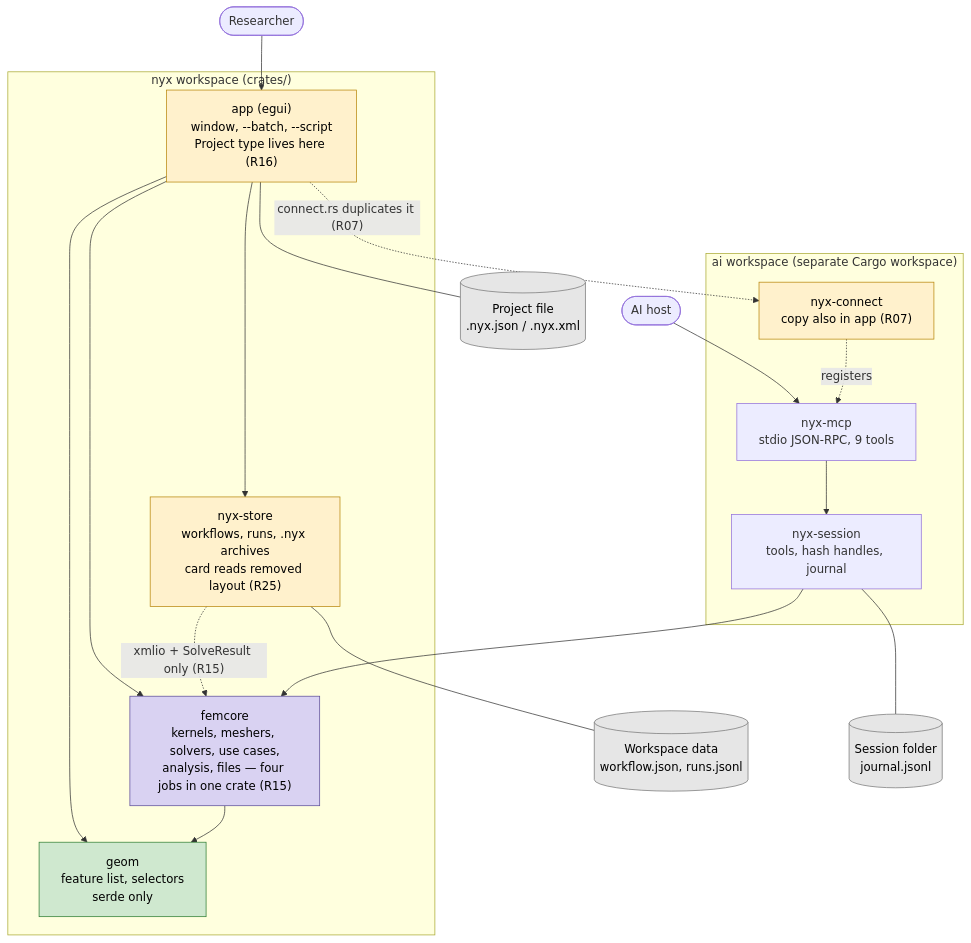
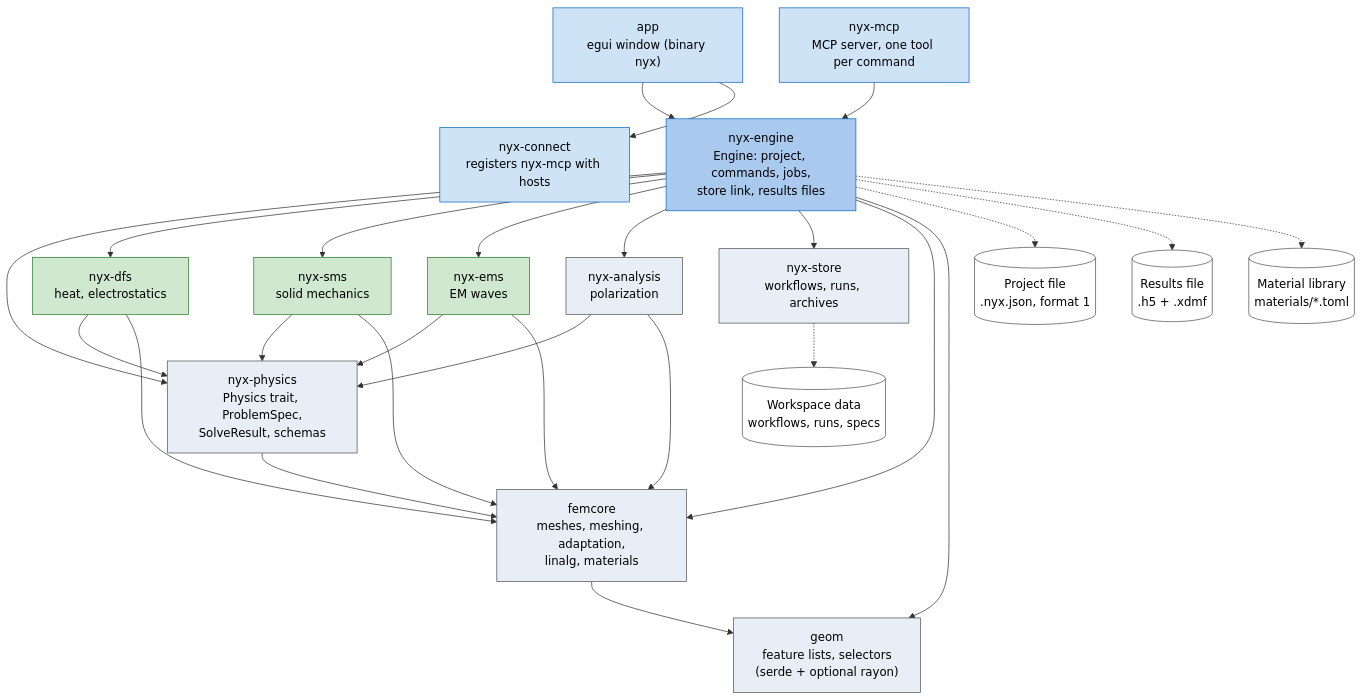
The second of 7 diagrams in docs/architecture/diagrams.md (p-j-r/nyx), drawn with Mermaid before and after one commit. The commit also changed other lines of this file and 50 other files, not shown here.

````diff
--- a/docs/architecture/diagrams.md
+++ b/docs/architecture/diagrams.md
@@ -27,35 +27,53 @@
 ```mermaid
 flowchart TB
-  classDef ok fill:#cfe8cf,stroke:#2e7d32,color:#000
-  classDef rough fill:#fff1cc,stroke:#b8860b,color:#000
-  classDef core fill:#d9d2f2,stroke:#5b4b9a,color:#000
-  classDef store fill:#e6e6e6,stroke:#777,color:#000
-  R([Researcher]) --> APP
-  AI([AI host]) --> MCP
-  subgraph nyxws["nyx workspace (crates/)"]
-    APP["app (egui)<br/>window, --batch, --script<br/>Project type lives here (R16)"]:::rough
-    ST["nyx-store<br/>workflows, runs, .nyx archives<br/>card reads removed layout (R25)"]:::rough
-    FC["femcore<br/>kernels, meshers, solvers, use cases,<br/>analysis, files — four jobs in one crate (R15)"]:::core
-    GM["geom<br/>feature list, selectors<br/>serde only"]:::ok
-  end
-  subgraph aiws["ai workspace (separate Cargo workspace)"]
-    MCP["nyx-mcp<br/>stdio JSON-RPC, 9 tools"]
-    SES["nyx-session<br/>tools, hash handles, journal"]
-    CON["nyx-connect<br/>copy also in app (R07)"]:::rough
-  end
-  PF[("Project file<br/>.nyx.json / .nyx.xml")]:::store
-  WS[("Workspace data<br/>workflow.json, runs.jsonl")]:::store
-  SS[("Session folder<br/>journal.jsonl")]:::store
-  APP --> FC
-  APP --> GM
-  APP --> ST
-  APP --- PF
-  ST --- WS
-  ST -.->|"xmlio + SolveResult only (R15)"| FC
-  FC --> GM
-  MCP --> SES
-  SES --> FC
-  SES --- SS
-  CON -.->|registers| MCP
-  APP -.->|"connect.rs duplicates it (R07)"| CON
+  classDef fe fill:#cfe3f7,stroke:#1168bd,color:#000
+  classDef eng fill:#a9c9ee,stroke:#1168bd,color:#000
+  classDef kern fill:#cfe8cf,stroke:#2e7d32,color:#000
+  classDef lib fill:#e8eef5,stroke:#555,color:#000
+  classDef file fill:#fff,stroke:#555,color:#000
+
+  APP["app<br/>egui window (binary nyx)"]:::fe
+  MCP["nyx-mcp<br/>MCP server, one tool per command"]:::fe
+  CON["nyx-connect<br/>registers nyx-mcp with hosts"]:::fe
+  ENG["nyx-engine<br/>Engine: project, commands, jobs,<br/>store link, results files"]:::eng
+  PHY["nyx-physics<br/>Physics trait, ProblemSpec,<br/>SolveResult, schemas"]:::lib
+  DFS["nyx-dfs<br/>heat, electrostatics"]:::kern
+  SMS["nyx-sms<br/>solid mechanics"]:::kern
+  EMS["nyx-ems<br/>EM waves"]:::kern
+  ANA["nyx-analysis<br/>polarization"]:::lib
+  STO["nyx-store<br/>workflows, runs, archives"]:::lib
+  FEM["femcore<br/>meshes, meshing, adaptation,<br/>linalg, materials"]:::lib
+  GEO["geom<br/>feature lists, selectors<br/>(serde + optional rayon)"]:::lib
+
+  PF[("Project file<br/>.nyx.json, format 1")]:::file
+  RF[("Results file<br/>.h5 + .xdmf")]:::file
+  WS[("Workspace data<br/>workflows, runs, specs")]:::file
+  ML[("Material library<br/>materials/*.toml")]:::file
+
+  APP --> ENG
+  APP --> CON
+  MCP --> ENG
+  ENG --> PHY
+  ENG --> DFS
+  ENG --> SMS
+  ENG --> EMS
+  ENG --> ANA
+  ENG --> STO
+  ENG --> FEM
+  ENG --> GEO
+  DFS --> PHY
+  SMS --> PHY
+  EMS --> PHY
+  DFS --> FEM
+  SMS --> FEM
+  EMS --> FEM
+  ANA --> PHY
+  ANA --> FEM
+  PHY --> FEM
+  FEM --> GEO
+
+  ENG -.-> PF
+  ENG -.-> RF
+  ENG -.-> ML
+  STO -.-> WS
 ```
````
